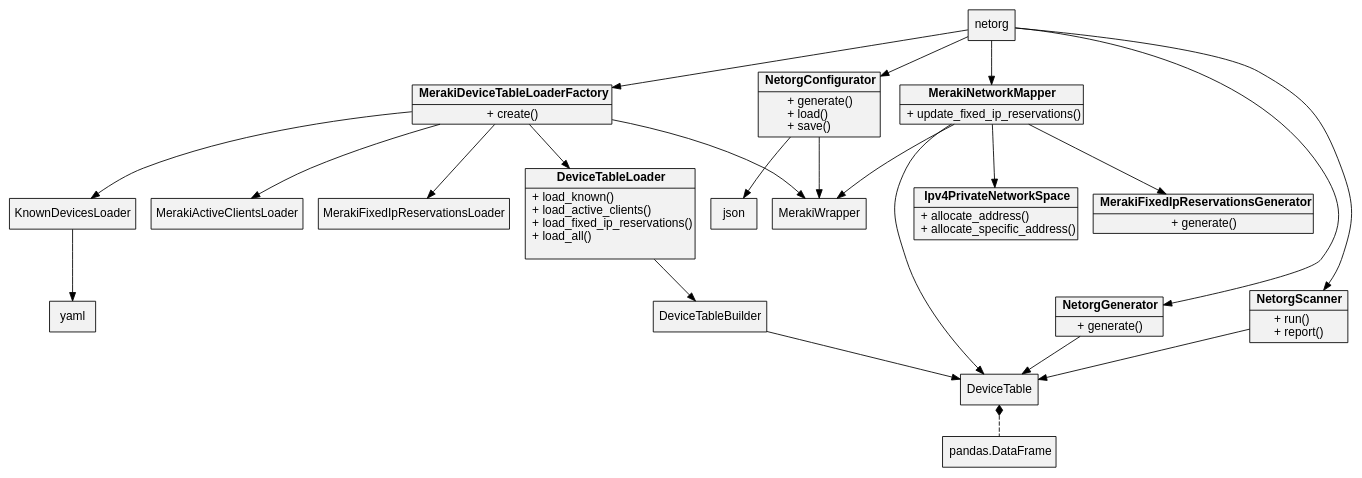
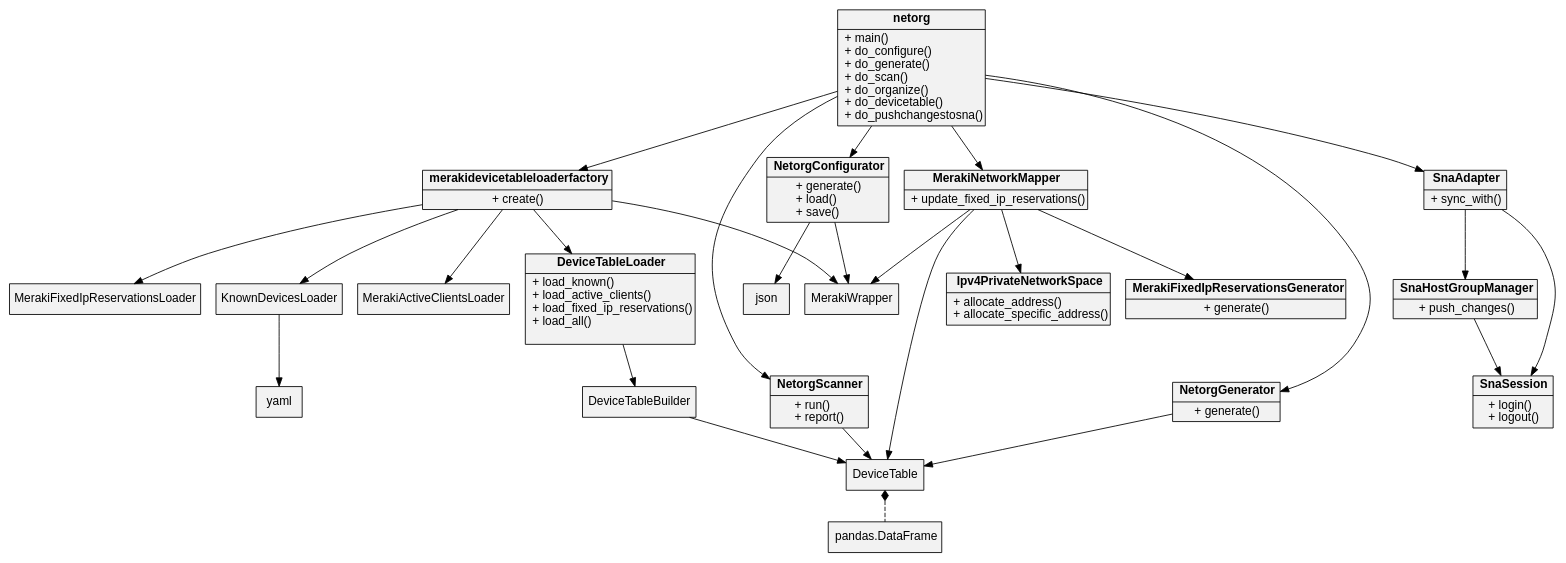
The diagram in netorg.dot (jasondchambers/netorganizer), drawn with Graphviz before and after one commit. The commit also changed 1 other file, not shown here.

Commit message:
Update class diagram with SnaAdapter details

```diff
--- a/netorg.dot
+++ b/netorg.dot
@@ -1,56 +1,78 @@
 digraph netorg_structure {
 
     node [
 		fontname="Helvetica,Arial,sans-serif"
 		shape=record
 		style=filled
 		fillcolor=gray95
 	]
-    netorg -> { MerakiDeviceTableLoaderFactory NetorgConfigurator NetorgGenerator NetorgScanner MerakiNetworkMapper }
-    MerakiDeviceTableLoaderFactory -> { DeviceTableLoader KnownDevicesLoader MerakiActiveClientsLoader MerakiFixedIpReservationsLoader MerakiWrapper}
+    netorg -> { merakidevicetableloaderfactory NetorgConfigurator NetorgGenerator NetorgScanner MerakiNetworkMapper SnaAdapter }
+    merakidevicetableloaderfactory -> { DeviceTableLoader KnownDevicesLoader MerakiActiveClientsLoader MerakiFixedIpReservationsLoader MerakiWrapper}
     MerakiNetworkMapper -> { DeviceTable Ipv4PrivateNetworkSpace MerakiFixedIpReservationsGenerator MerakiWrapper }
     NetorgConfigurator -> { MerakiWrapper json }
     NetorgGenerator -> { DeviceTable }
     NetorgScanner -> { DeviceTable }
     KnownDevicesLoader -> { yaml }
     DeviceTableLoader -> { DeviceTableBuilder }
     DeviceTableBuilder -> { DeviceTable }
+    SnaAdapter -> { SnaHostGroupManager SnaSession }
+    SnaHostGroupManager -> { SnaSession }
     edge [dir=back arrowtail=diamond style=dashed]
     DeviceTable -> { DataFrame }
+
+    netorg [
+        label = <{<b>netorg</b> | 
+        + main()<br align="left"/>+ do_configure()<br align="left"/>+ do_generate()<br align="left"/>+ do_scan()<br align="left"/>+ do_organize()<br align="left"/>+ do_devicetable()<br align="left"/>+ do_pushchangestosna()<br align="left"/>}>
+    ]
+
+    SnaHostGroupManager [
+        label = <{<b>SnaHostGroupManager</b> | 
+        + push_changes()<br align="left"/>}>
+    ]
+
+    SnaSession [
+        label = <{<b>SnaSession</b> | 
+        + login()<br align="left"/>+ logout()<br align="left"/>}>
+    ]
 
     MerakiFixedIpReservationsGenerator [
         label = <{<b>MerakiFixedIpReservationsGenerator</b> | + generate()<br align="left"/>}>
     ]
 
     Ipv4PrivateNetworkSpace [
         label = <{<b>Ipv4PrivateNetworkSpace</b> | + allocate_address()<br align="left"/>+ allocate_specific_address()<br align="left"/>}>
     ]
 
-    MerakiDeviceTableLoaderFactory [
-        label = <{<b>MerakiDeviceTableLoaderFactory</b> | + create()<br align="left"/>}>
+    merakidevicetableloaderfactory [
+        label = <{<b>merakidevicetableloaderfactory</b> | + create()<br align="left"/>}>
     ]
     
     NetorgConfigurator[
         label = <{<b>NetorgConfigurator</b> | + generate()<br align="left"/>+ load()<br align="left"/>+ save()<br align="left"/>}>
     ]
     
     NetorgGenerator[
         label = <{<b>NetorgGenerator</b> | + generate()<br align="left"/>}>
     ]
     
     NetorgScanner[
         label = <{<b>NetorgScanner</b> | + run()<br align="left"/>+ report()<br align="left"/>}>
     ]
     
     MerakiNetworkMapper[
         label = <{<b>MerakiNetworkMapper</b> | + update_fixed_ip_reservations()<br align="left"/>}>
     ]
 
     DeviceTableLoader[
         label = <{<b>DeviceTableLoader</b> | + load_known()<br align="left"/>+ load_active_clients()<br align="left"/>+ load_fixed_ip_reservations()<br align="left"/>+ load_all()<br align="left"/>        }>
     ]
     
     DataFrame [
         label = <{pandas.DataFrame}>
     ]
+
+    SnaAdapter [
+        label = <{<b>SnaAdapter</b> | 
+        + sync_with()<br align="left"/>}>
+    ]
 }
```
